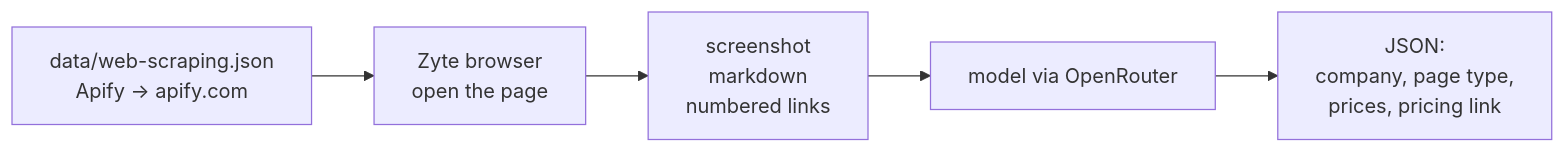
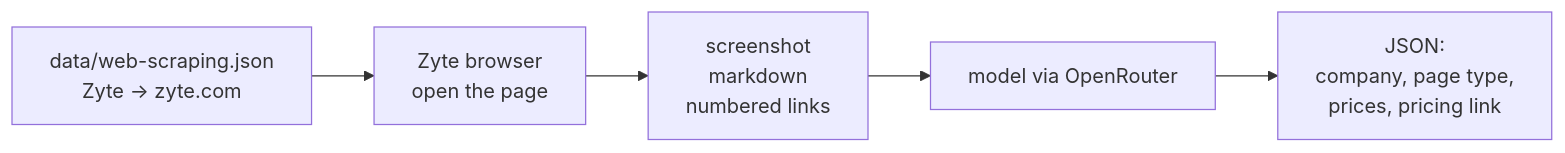
Before and after one commit to zytedata/extract-summit-26-browser-workshop: the diagram in lessons/03-describe-a-page/README.md, drawn with Mermaid. The commit also changed other lines of this file and 31 other files, not shown here.

Commit message:
Deck, animated diagrams for missing lessons, snapshot research

````diff
--- a/lessons/03-describe-a-page/README.md
+++ b/lessons/03-describe-a-page/README.md
@@ -9,7 +11,7 @@
 ```mermaid
 flowchart LR
-  list["data/web-scraping.json<br/>Apify -> apify.com"] --> browser["Zyte browser<br/>open the page"]
+  list["data/web-scraping.json<br/>Zyte -> zyte.com"] --> browser["Zyte browser<br/>open the page"]
   browser --> cap["screenshot<br/>markdown<br/>numbered links"]
   cap --> model["model via OpenRouter"]
   model --> answer["JSON:<br/>company, page type,<br/>prices, pricing link"]
 ```
````
